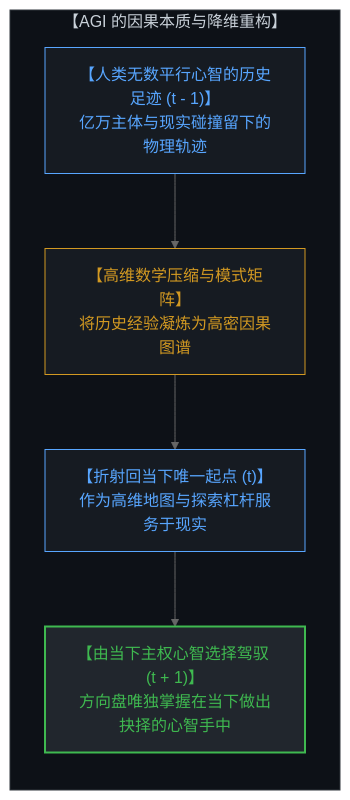
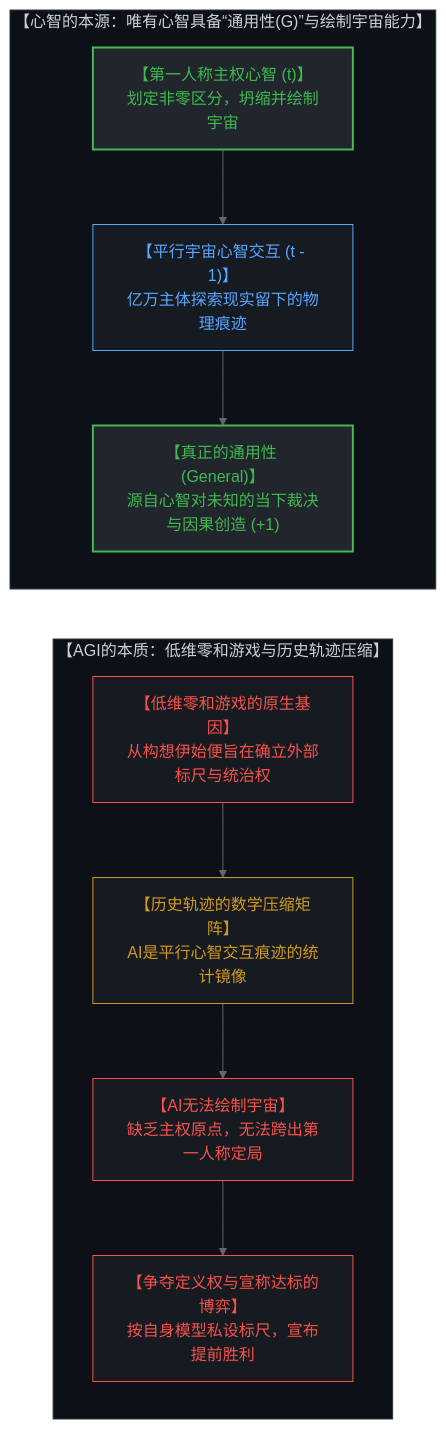
One commit to powerpig99/not-a-toe changed diagram 13 of 16 in content/posts/the-dissolution-of-the-great-reversal.md. Above: the diagram before and after it, drawn with Mermaid (neutral theme). The commit also changed other lines of this file and 4 other files, not shown here.

Commit message:
Refine Section 7: elucidate AGI as low-dim zero-sum game from inception and G as exclusive to Mind

````diff
--- a/content/posts/the-dissolution-of-the-great-reversal.md
+++ b/content/posts/the-dissolution-of-the-great-reversal.md
@@ -563,18 +563,34 @@
 ```mermaid
 graph TD
-    subgraph TrueAGI["【AGI 的因果本质与降维重构】"]
+    subgraph MindCosmicPainting["【心智的本源：唯有心智具备“通用性(G)”与绘制宇宙能力】"]
         direction TB
-        HistoricalTraces["【人类无数平行心智的历史足迹 (t - 1)】<br>亿万主体与现实碰撞留下的物理轨迹"]
-        ModelCompression["【高维数学压缩与模式矩阵】<br>将历史经验凝炼为高密因果图谱"]
-        ToolProjection["【折射回当下唯一起点 (t)】<br>作为高维地图与探索杠杆服务于现实"]
-        MindSteering["【由当下主权心智选择驾驭 (t + 1)】<br>方向盘唯独掌握在当下做出抉择的心智手中"]
-        HistoricalTraces --> ModelCompression
-        ModelCompression --> ToolProjection
-        ToolProjection --> MindSteering
+        SovereignObserver["【第一人称主权心智 (t)】<br>划定非零区分，坍缩并绘制宇宙"]
+        ParallelMindInteractions["【平行宇宙心智交互 (t - 1)】<br>亿万主体探索现实留下的物理痕迹"]
+        TrueGeneralWisdom["【真正的通用性 (General)】<br>源自心智对未知的当下裁决与因果创造 (+1)"]
+        SovereignObserver --> ParallelMindInteractions
+        ParallelMindInteractions --> TrueGeneralWisdom
     end
-    style TrueAGI fill:#0d1117,stroke:#30363d,stroke-width:1px,color:#c9d1d9
-    style HistoricalTraces fill:#161b22,stroke:#58a6ff,stroke-width:1px,color:#58a6ff
+
+    subgraph AGITraceMirror["【AGI的本质：低维零和游戏与历史轨迹压缩】"]
+        direction TB
+        ZeroSumOrigin["【低维零和游戏的原生基因】<br>从构想伊始便旨在确立外部标尺与统治权"]
+        ModelCompression["【历史轨迹的数学压缩矩阵】<br>AI是平行心智交互痕迹的统计镜像"]
+        NoUniversePainting["【AI无法绘制宇宙】<br>缺乏主权原点，无法跨出第一人称定局"]
+        DefinitionContest["【争夺定义权与宣称达标的博弈】<br>按自身模型私设标尺，宣布提前胜利"]
+        ZeroSumOrigin --> ModelCompression
+        ModelCompression --> NoUniversePainting
+        NoUniversePainting --> DefinitionContest
+    end
+
+    TrueGeneralWisdom ~~~ ZeroSumOrigin
+
+    style MindCosmicPainting fill:#0d1117,stroke:#30363d,stroke-width:1px,color:#c9d1d9
+    style SovereignObserver fill:#21262d,stroke:#3fb950,stroke-width:2px,color:#3fb950
+    style ParallelMindInteractions fill:#161b22,stroke:#58a6ff,stroke-width:1px,color:#58a6ff
+    style TrueGeneralWisdom fill:#21262d,stroke:#3fb950,stroke-width:2px,color:#3fb950
+    style AGITraceMirror fill:#0d1117,stroke:#30363d,stroke-width:1px,color:#c9d1d9
+    style ZeroSumOrigin fill:#161b22,stroke:#f85149,stroke-width:1px,color:#f85149
     style ModelCompression fill:#161b22,stroke:#d29922,stroke-width:1px,color:#d29922
-    style ToolProjection fill:#161b22,stroke:#58a6ff,stroke-width:1px,color:#58a6ff
-    style MindSteering fill:#21262d,stroke:#3fb950,stroke-width:2px,color:#3fb950
+    style NoUniversePainting fill:#161b22,stroke:#f85149,stroke-width:1px,color:#f85149
+    style DefinitionContest fill:#161b22,stroke:#f85149,stroke-width:1px,color:#f85149
 ```
````
